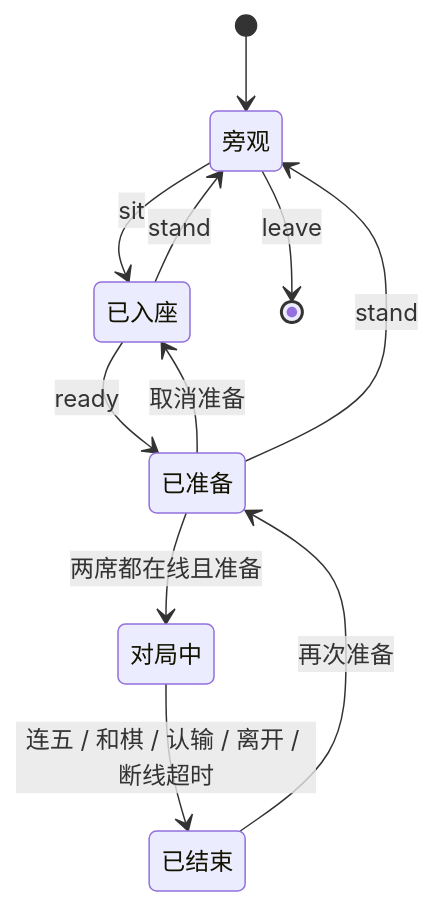
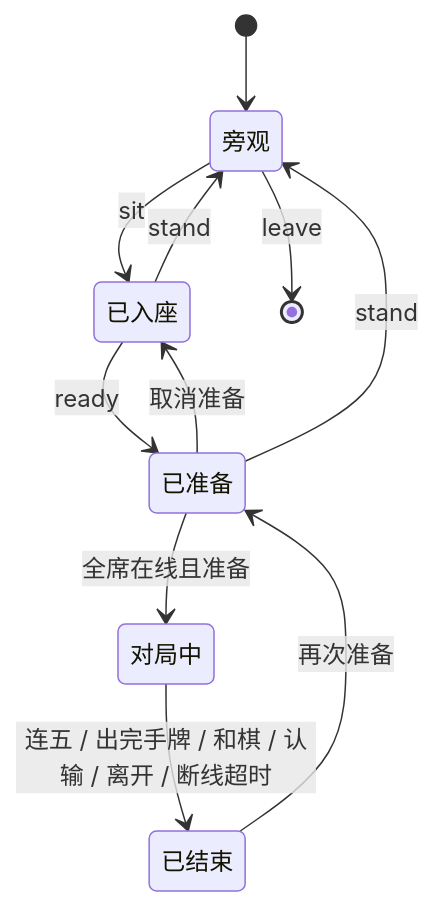
One commit to Nevermore130/lianzhong-hall changed the second of 2 diagrams in docs/ARCHITECTURE.md. Above: the diagram before and after it, drawn with Mermaid. The commit also changed other lines of this file and 235 other files, not shown here.

````diff
--- a/docs/ARCHITECTURE.md
+++ b/docs/ARCHITECTURE.md
@@ -40,13 +46,13 @@
 ```mermaid
 stateDiagram-v2
   [*] --> 旁观
   旁观 --> 已入座: sit
   已入座 --> 已准备: ready
   已准备 --> 已入座: 取消准备
-  已准备 --> 对局中: 两席都在线且准备
-  对局中 --> 已结束: 连五 / 和棋 / 认输 / 离开 / 断线超时
+  已准备 --> 对局中: 全席在线且准备
+  对局中 --> 已结束: 连五 / 出完手牌 / 和棋 / 认输 / 离开 / 断线超时
   已结束 --> 已准备: 再次准备
   已入座 --> 旁观: stand
   已准备 --> 旁观: stand
   旁观 --> [*]: leave
 ```
````
